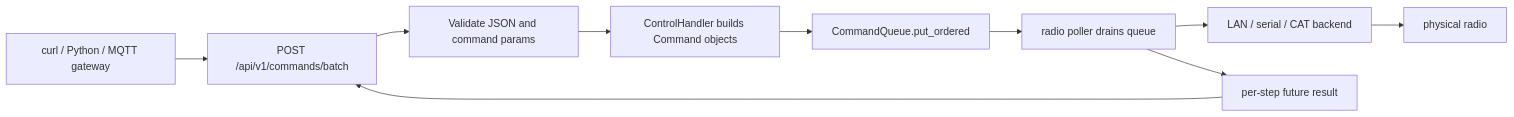
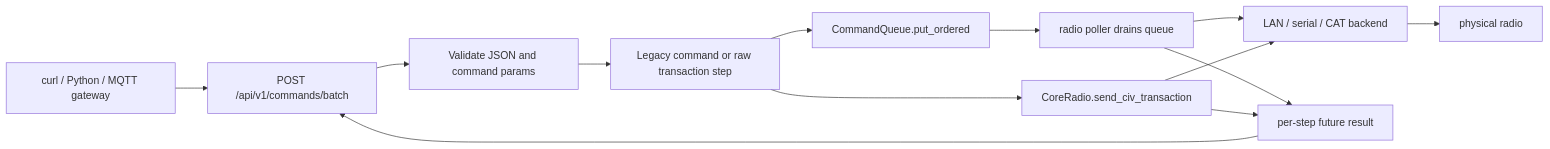
Before and after one commit to morozsm/icom-lan: the diagram in docs/api/web.md, drawn with Mermaid. The commit also changed other lines of this file and 3 other files, not shown here.

Commit message:
Add raw CI-V transactions to ordered batches (#1637)

````diff
--- a/docs/api/web.md
+++ b/docs/api/web.md
@@ -389,12 +406,15 @@
 ```mermaid
 flowchart LR
   Client["curl / Python / MQTT gateway"] --> HTTP["POST /api/v1/commands/batch"]
   HTTP --> Validate["Validate JSON and command params"]
-  Validate --> Translate["ControlHandler builds Command objects"]
-  Translate --> Queue["CommandQueue.put_ordered"]
+  Validate --> Dispatch["Legacy command or raw transaction step"]
+  Dispatch --> Queue["CommandQueue.put_ordered"]
+  Dispatch --> Transaction["CoreRadio.send_civ_transaction"]
   Queue --> Poller["radio poller drains queue"]
   Poller --> Backend["LAN / serial / CAT backend"]
+  Transaction --> Backend
   Backend --> Radio["physical radio"]
   Poller --> Result["per-step future result"]
+  Transaction --> Result
   Result --> HTTP
 ```
````
